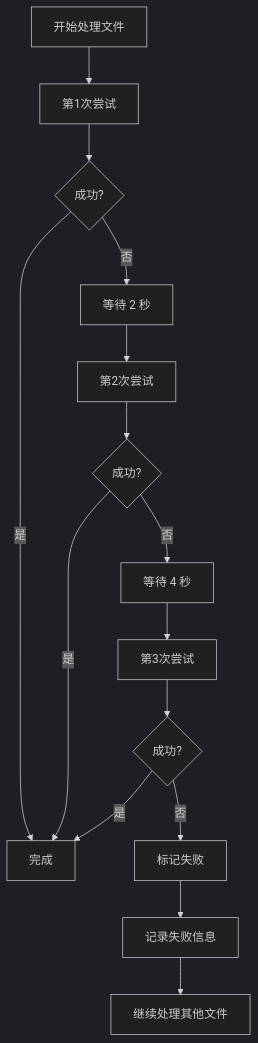
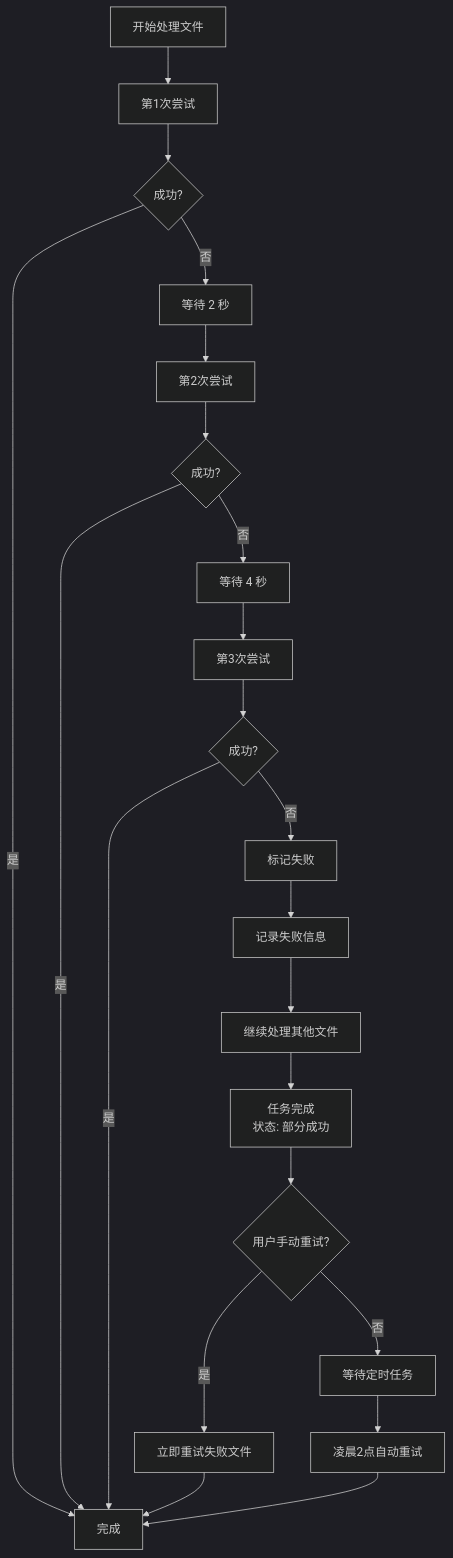
The third of 3 diagrams in docs/RAG文档处理优化完整方案.md (small-xiexu/ai-mcp-knowledge-study), drawn with Mermaid (dark theme) before and after one commit. The commit also changed other lines of this file and 26 other files, not shown here.

````diff
--- a/docs/RAG文档处理优化完整方案.md
+++ b/docs/RAG文档处理优化完整方案.md
@@ -567,17 +664,24 @@
 ```mermaid
 flowchart TB
     Start[开始处理文件] --> Try1[第1次尝试]
     Try1 --> Success1{成功?}
     Success1 -->|是| Done[完成]
     Success1 -->|否| Wait1[等待 2 秒]
     Wait1 --> Try2[第2次尝试]
     Try2 --> Success2{成功?}
     Success2 -->|是| Done
     Success2 -->|否| Wait2[等待 4 秒]
     Wait2 --> Try3[第3次尝试]
     Try3 --> Success3{成功?}
     Success3 -->|是| Done
     Success3 -->|否| Failed[标记失败]
     Failed --> Record[记录失败信息]
     Record --> Continue[继续处理其他文件]
+    Continue --> TaskComplete[任务完成<br/>状态: 部分成功]
+    TaskComplete --> UserRetry{用户手动重试?}
+    UserRetry -->|是| ManualRetry[立即重试失败文件]
+    UserRetry -->|否| WaitSchedule[等待定时任务]
+    WaitSchedule --> AutoRetry[凌晨2点自动重试]
+    ManualRetry --> Done
+    AutoRetry --> Done
 ```
````
